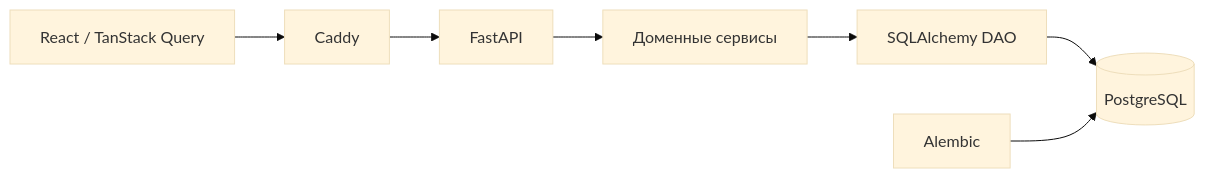
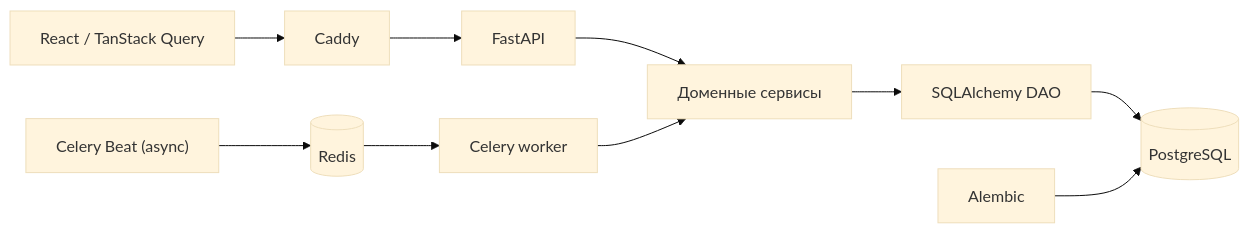
Before and after one commit to Chernov2312/StudKab: the diagram in docs/architecture.md, drawn with Mermaid (base theme). The commit also changed other lines of this file and 19 other files, not shown here.

Commit message:
Add scheduled exam reminders with Celery Beat

````diff
--- a/docs/architecture.md
+++ b/docs/architecture.md
@@ -5,9 +5,12 @@
 ```mermaid
 flowchart LR
     Browser["React / TanStack Query"] --> Caddy["Caddy"]
     Caddy --> API["FastAPI"]
     API --> Service["Доменные сервисы"]
     Service --> DAO["SQLAlchemy DAO"]
     DAO --> Postgres[("PostgreSQL")]
     Alembic --> Postgres
+    Beat["Celery Beat (async)"] --> Redis[("Redis")]
+    Redis --> Worker["Celery worker"]
+    Worker --> Service
 ```
````
